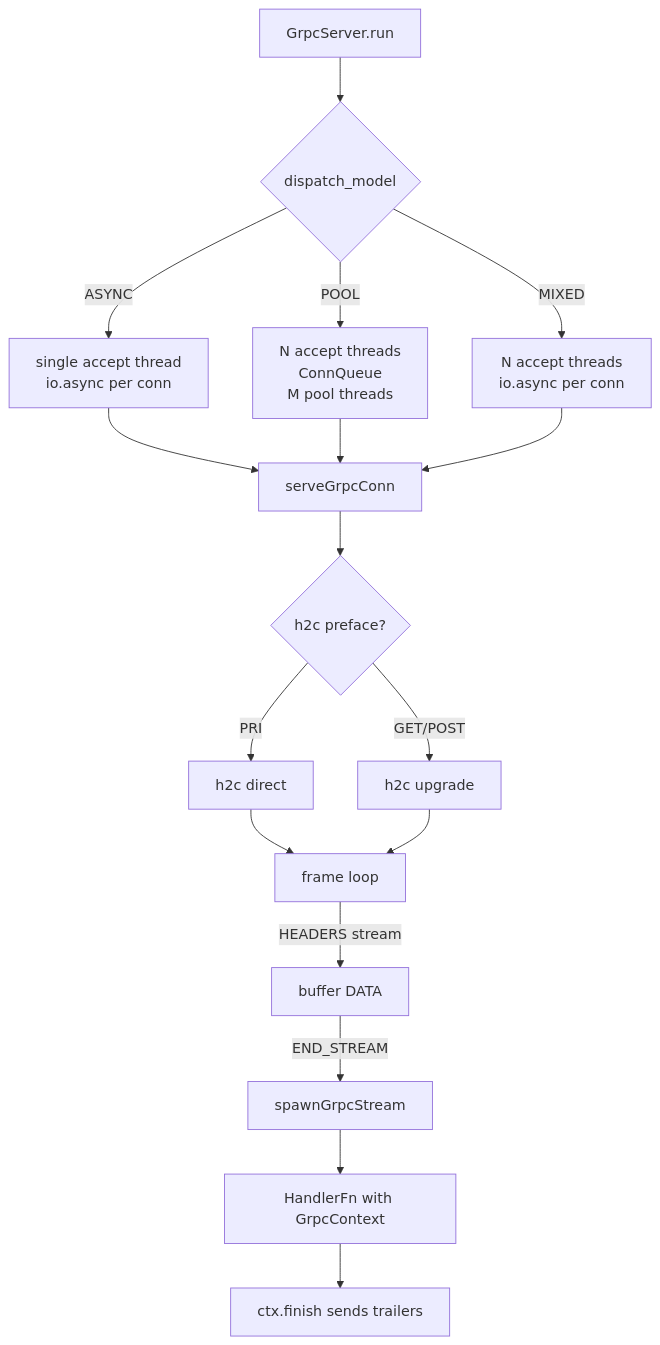
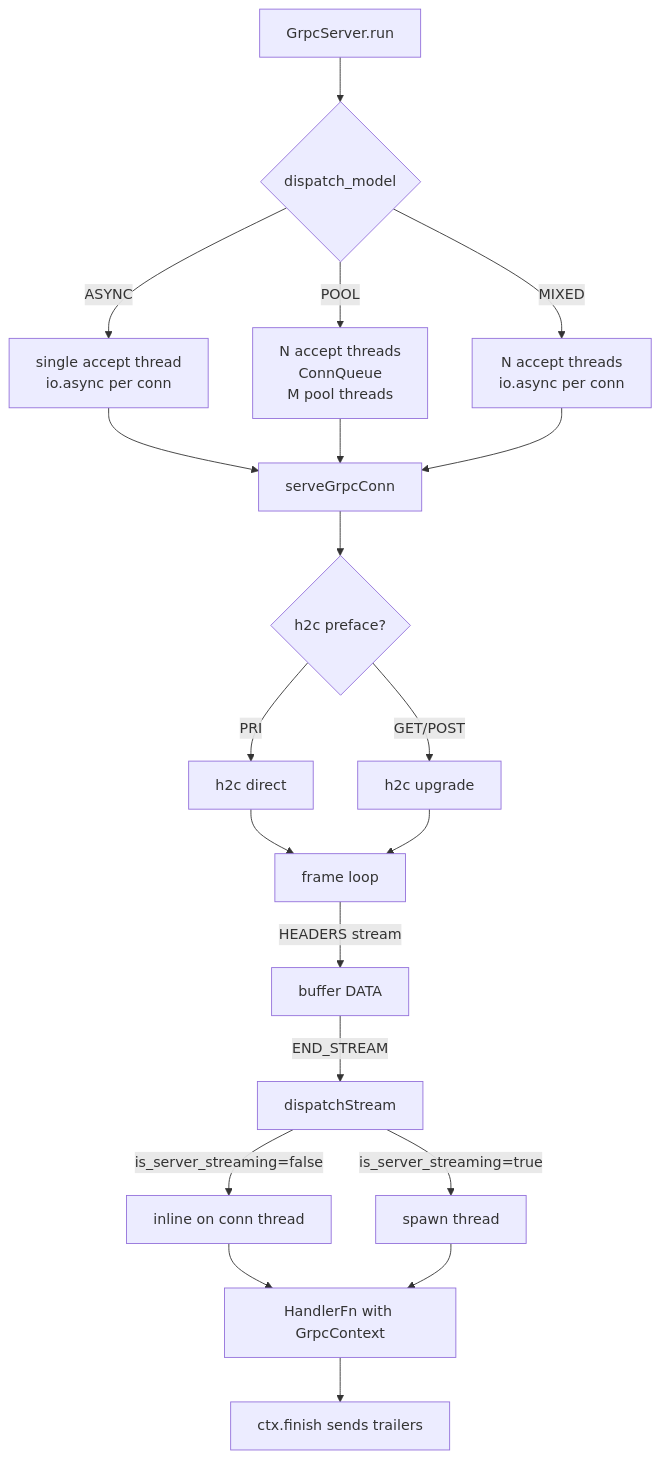
Before and after one commit to prothegee/zix: the third of 4 diagrams in docs/hld-grpc-en.md, drawn with Mermaid. The commit also changed other lines of this file, not shown here.

Commit message:
update hld-grpc-en for 0.2.2

````diff
--- a/docs/hld-grpc-en.md
+++ b/docs/hld-grpc-en.md
@@ -313,19 +315,22 @@
 ```mermaid
 flowchart TD
     A[GrpcServer.run] --> B{dispatch_model}
     B -->|ASYNC| C[single accept thread\nio.async per conn]
     B -->|POOL| D[N accept threads\nConnQueue\nM pool threads]
     B -->|MIXED| E[N accept threads\nio.async per conn]
     C --> F[serveGrpcConn]
     D --> F
     E --> F
     F --> G{h2c preface?}
     G -->|PRI| H[h2c direct]
     G -->|GET/POST| I[h2c upgrade]
     H --> J[frame loop]
     I --> J
     J -->|HEADERS stream| K[buffer DATA]
-    K -->|END_STREAM| L[spawnGrpcStream]
-    L --> M[HandlerFn with GrpcContext]
+    K -->|END_STREAM| L[dispatchStream]
+    L -->|is_server_streaming=false| LI[inline on conn thread]
+    L -->|is_server_streaming=true| LS[spawn thread]
+    LI --> M[HandlerFn with GrpcContext]
+    LS --> M
     M --> N[ctx.finish sends trailers]
 ```
````
